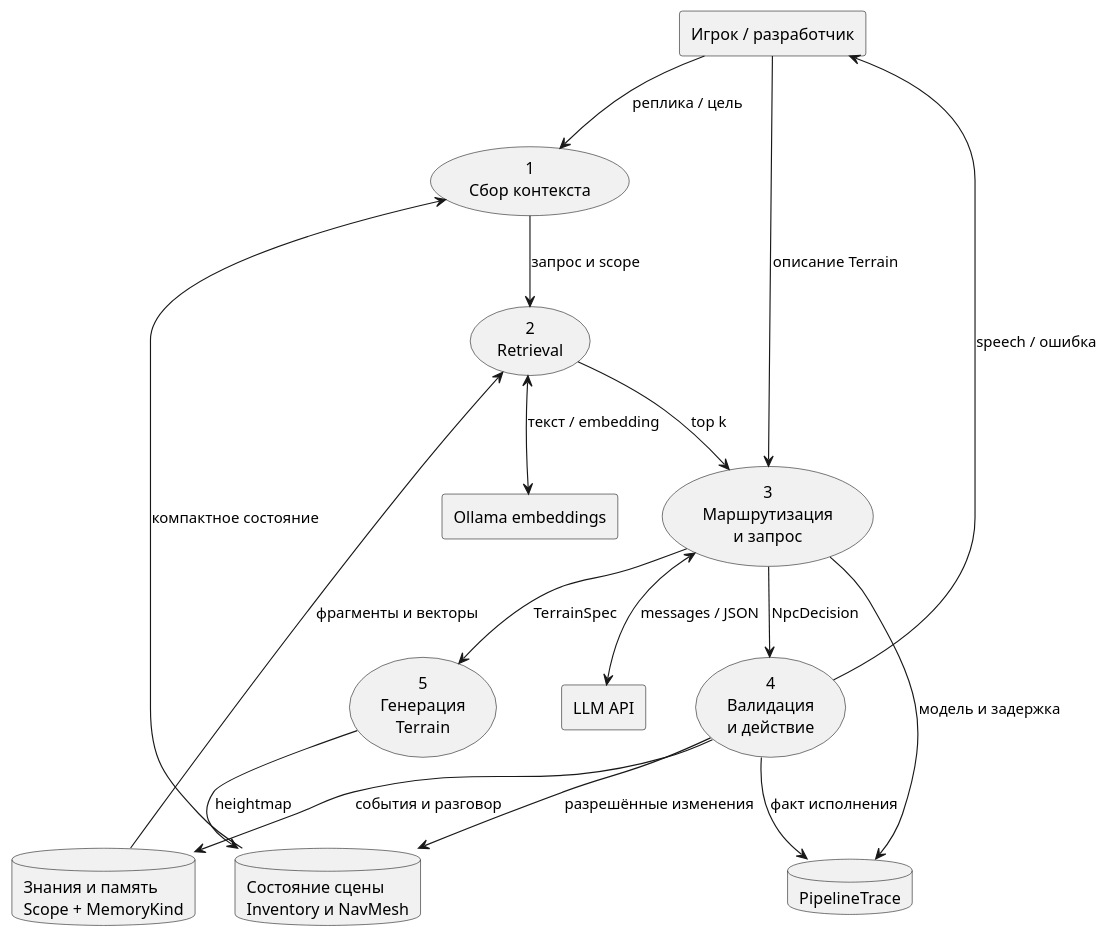
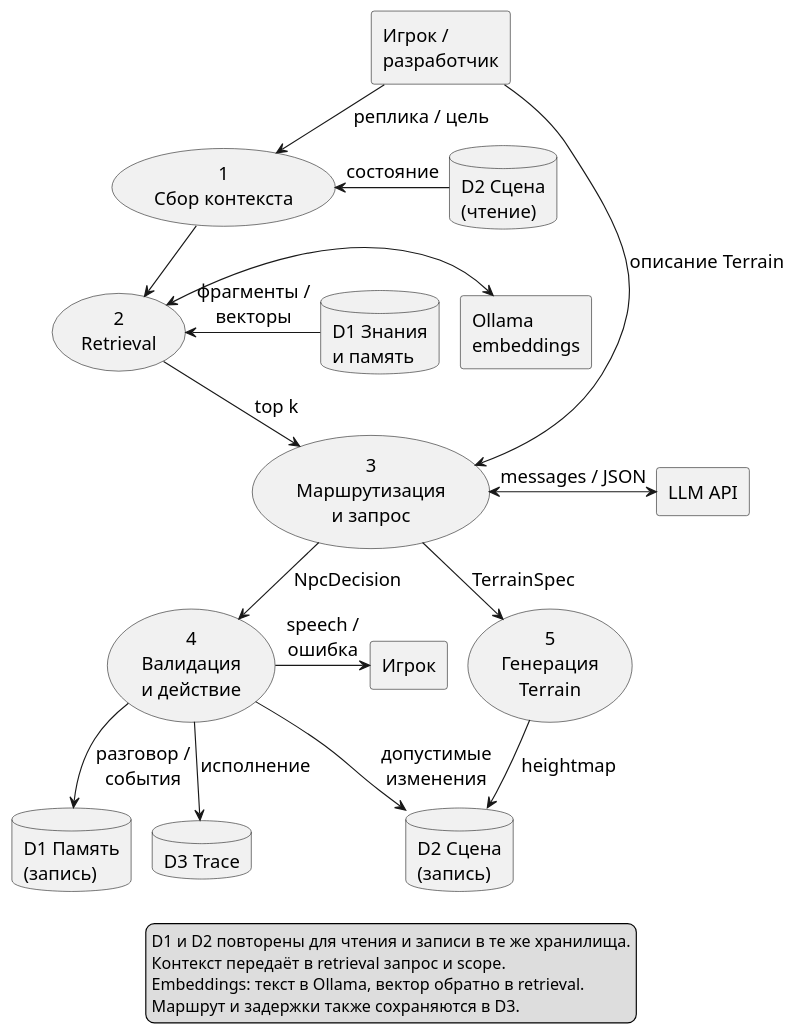
One commit to saslekawaiii/scenepilot-unity changed the diagram in docs/uml/dfd.puml. Above: the diagram before and after it, drawn with PlantUML. The commit also changed 65 other files, not shown here.

```diff
--- a/docs/uml/dfd.puml
+++ b/docs/uml/dfd.puml
@@ -1,32 +1,43 @@
 @startuml
 skinparam defaultFontName Arial
+skinparam defaultFontSize 16
 skinparam shadowing false
+skinparam nodesep 18
+skinparam ranksep 30
 top to bottom direction
-rectangle "Игрок / разработчик" as User
+rectangle "Игрок /\nразработчик" as User
+rectangle "Ollama\nembeddings" as Embed
 rectangle "LLM API" as LLM
-rectangle "Ollama embeddings" as Embed
+rectangle "Игрок" as UserOut
 usecase "1\nСбор контекста" as Context
 usecase "2\nRetrieval" as Retrieval
 usecase "3\nМаршрутизация\nи запрос" as Route
 usecase "4\nВалидация\nи действие" as Validate
 usecase "5\nГенерация\nTerrain" as Terrain
-database "Знания и память\nScope + MemoryKind" as Knowledge
-database "Состояние сцены\nInventory и NavMesh" as World
-database "PipelineTrace" as Trace
+database "D1 Знания\nи память" as Knowledge
+database "D2 Сцена\n(чтение)" as WorldIn
+database "D2 Сцена\n(запись)" as WorldOut
+database "D1 Память\n(запись)" as MemoryOut
+database "D3 Trace" as Trace
 User --> Context : реплика / цель
 User --> Route : описание Terrain
-World --> Context : компактное состояние
-Context --> Retrieval : запрос и scope
-Knowledge --> Retrieval : фрагменты и векторы
-Retrieval <--> Embed : текст / embedding
+WorldIn -left-> Context : состояние
+Context --> Retrieval
+Knowledge -right-> Retrieval : фрагменты /\nвекторы
+Retrieval <-right-> Embed
 Retrieval --> Route : top k
-Route <--> LLM : messages / JSON
+Route <-right-> LLM : messages / JSON
 Route --> Validate : NpcDecision
-Validate --> World : разрешённые изменения
-Validate --> Knowledge : события и разговор
-Validate --> User : speech / ошибка
 Route --> Terrain : TerrainSpec
-Terrain --> World : heightmap
-Validate --> Trace : факт исполнения
-Route --> Trace : модель и задержка
+Validate --> WorldOut : допустимые\nизменения
+Terrain --> WorldOut : heightmap
+Validate --> MemoryOut : разговор /\nсобытия
+Validate -right-> UserOut : speech /\nошибка
+Validate --> Trace : исполнение
+legend bottom
+ D1 и D2 повторены для чтения и записи в те же хранилища.
+ Контекст передаёт в retrieval запрос и scope.
+ Embeddings: текст в Ollama, вектор обратно в retrieval.
+ Маршрут и задержки также сохраняются в D3.
+endlegend
 @enduml
```
